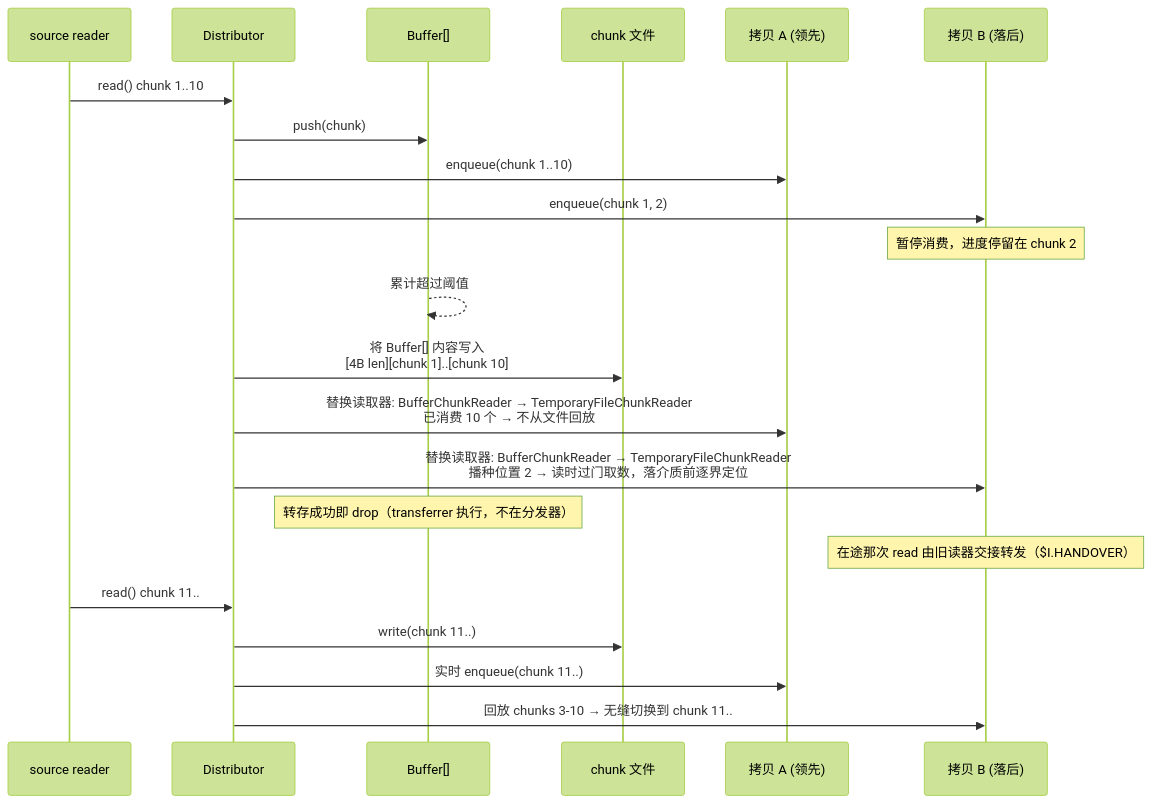
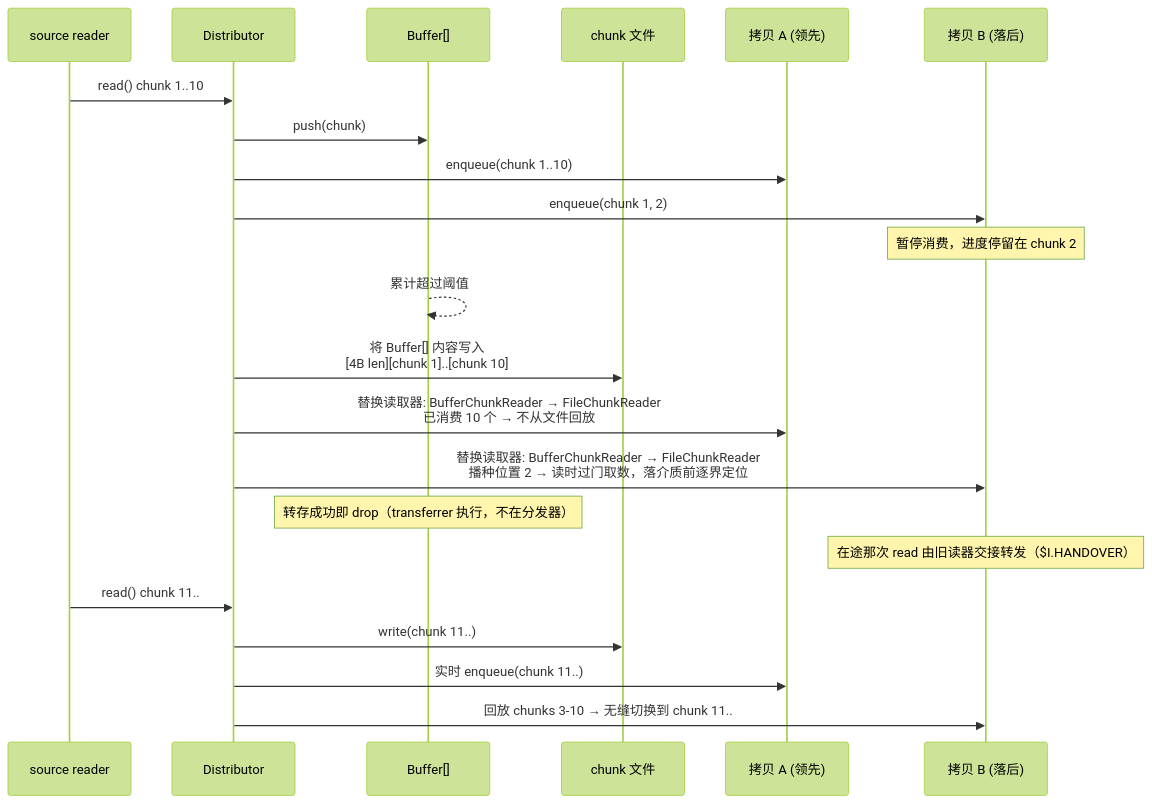
One commit to produck/fugue changed the fifth of 6 diagrams in DESIGN.md. Above: the diagram before and after it, drawn with Mermaid (forest theme). The commit also changed other lines of this file and 17 other files, not shown here.

````diff
--- a/DESIGN.md
+++ b/DESIGN.md
@@ -471,27 +465,27 @@
 ```mermaid
 sequenceDiagram
     participant SRC as source reader
     participant DIST as Distributor
     participant BUF as Buffer[]
     participant FILE as chunk 文件
     participant A as 拷贝 A (领先)
     participant B as 拷贝 B (落后)
 
     SRC->>DIST: read() chunk 1..10
     DIST->>BUF: push(chunk)
     DIST->>A: enqueue(chunk 1..10)
     DIST->>B: enqueue(chunk 1, 2)
     Note over B: 暂停消费，进度停留在 chunk 2
 
     BUF-->>BUF: 累计超过阈值
     DIST->>FILE: 将 Buffer[] 内容写入<br/>[4B len][chunk 1]..[chunk 10]
-    DIST->>A: 替换读取器: BufferChunkReader → TemporaryFileChunkReader<br/>已消费 10 个 → 不从文件回放
-    DIST->>B: 替换读取器: BufferChunkReader → TemporaryFileChunkReader<br/>播种位置 2 → 读时过门取数，落介质前逐界定位
+    DIST->>A: 替换读取器: BufferChunkReader → FileChunkReader<br/>已消费 10 个 → 不从文件回放
+    DIST->>B: 替换读取器: BufferChunkReader → FileChunkReader<br/>播种位置 2 → 读时过门取数，落介质前逐界定位
     Note over BUF: 转存成功即 drop（transferrer 执行，不在分发器）
     Note over B: 在途那次 read 由旧读器交接转发（$I.HANDOVER）
 
     SRC->>DIST: read() chunk 11..
     DIST->>FILE: write(chunk 11..)
     DIST->>A: 实时 enqueue(chunk 11..)
     DIST->>B: 回放 chunks 3-10 → 无缝切换到 chunk 11..
 ```
````
